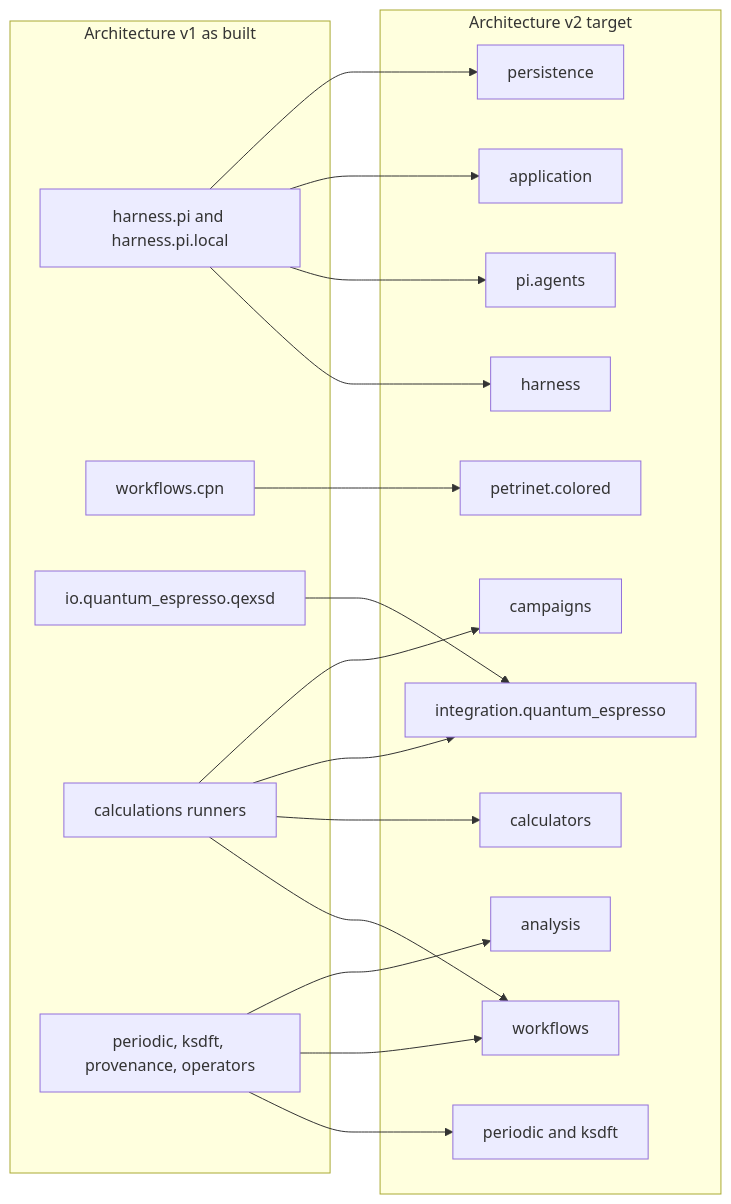
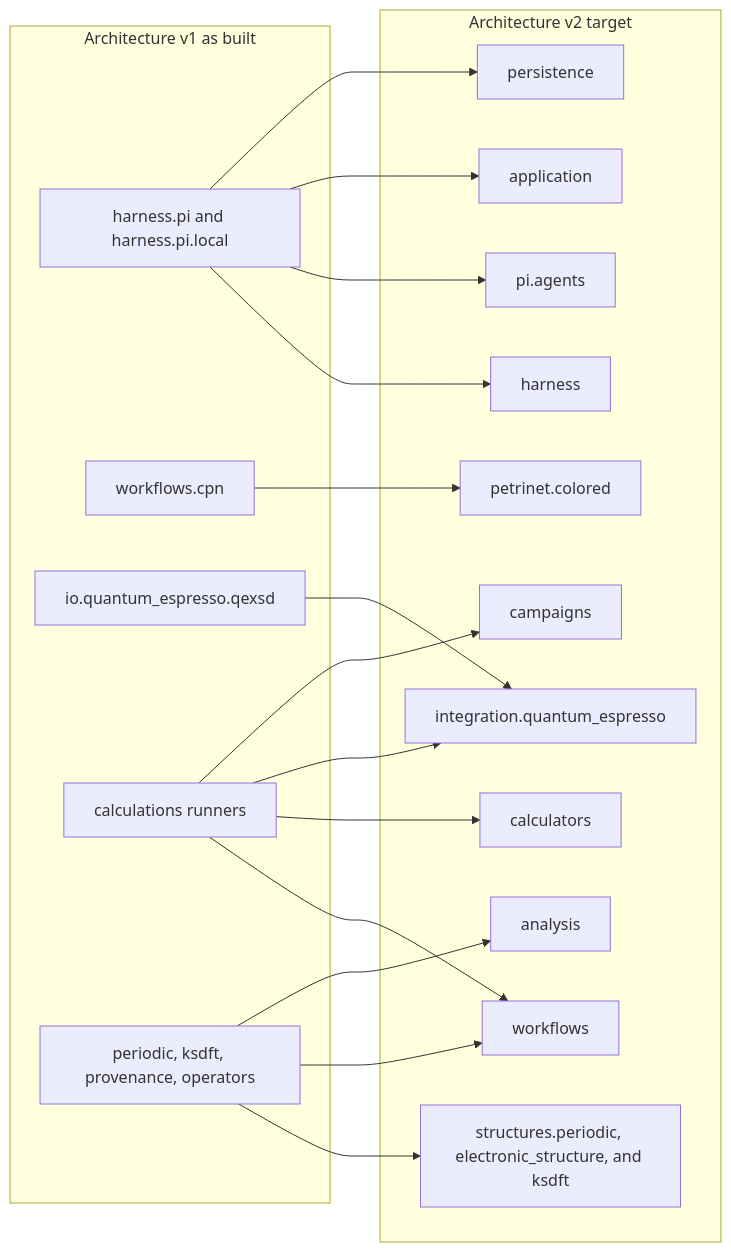
The first of 3 diagrams in docs/architecture/migration/v1-to-v2/package-module-crosswalk.md (eragasa/ksdft2effmass), drawn with Mermaid before and after one commit. The commit also changed other lines of this file and 73 other files, not shown here.

Commit message:
Complete periodic structures migration

````diff
--- a/docs/architecture/migration/v1-to-v2/package-module-crosswalk.md
+++ b/docs/architecture/migration/v1-to-v2/package-module-crosswalk.md
@@ -18,38 +18,38 @@
 ```mermaid
 flowchart LR
     subgraph v1["Architecture v1 as built"]
         v1_harness["harness.pi and harness.pi.local"]
         v1_cpn["workflows.cpn"]
         v1_qe["io.quantum_espresso.qexsd"]
         v1_runs["calculations runners"]
         v1_records["periodic, ksdft, provenance, operators"]
     end
 
     subgraph v2["Architecture v2 target"]
         v2_harness["harness"]
         v2_pi["pi.agents"]
         v2_app["application"]
         v2_store["persistence"]
         v2_petri["petrinet.colored"]
         v2_workflows["workflows"]
         v2_calculators["calculators"]
         v2_integration["integration.quantum_espresso"]
         v2_campaigns["campaigns"]
-        v2_records["periodic and ksdft"]
+        v2_records["structures.periodic, electronic_structure, and ksdft"]
         v2_analysis["analysis"]
     end
 
     v1_harness --> v2_harness
     v1_harness --> v2_pi
     v1_harness --> v2_app
     v1_harness --> v2_store
     v1_cpn --> v2_petri
     v1_runs --> v2_workflows
     v1_runs --> v2_calculators
     v1_runs --> v2_integration
     v1_runs --> v2_campaigns
     v1_qe --> v2_integration
     v1_records --> v2_records
     v1_records --> v2_workflows
     v1_records --> v2_analysis
 ```
````
